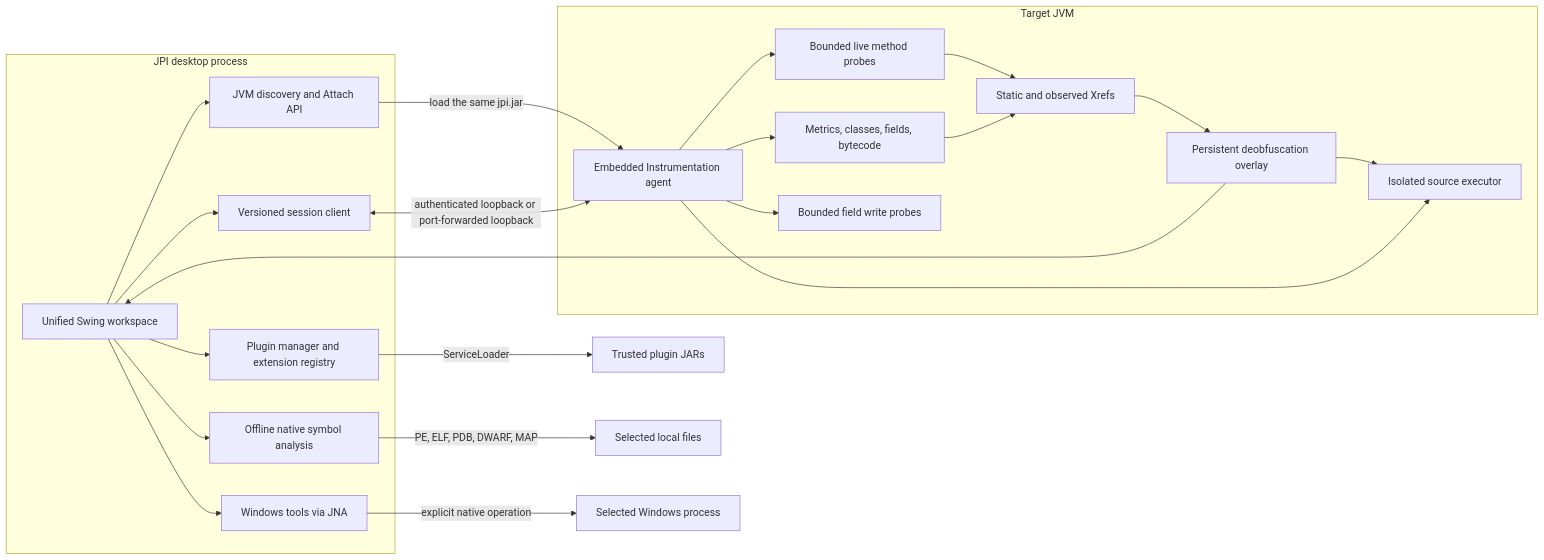
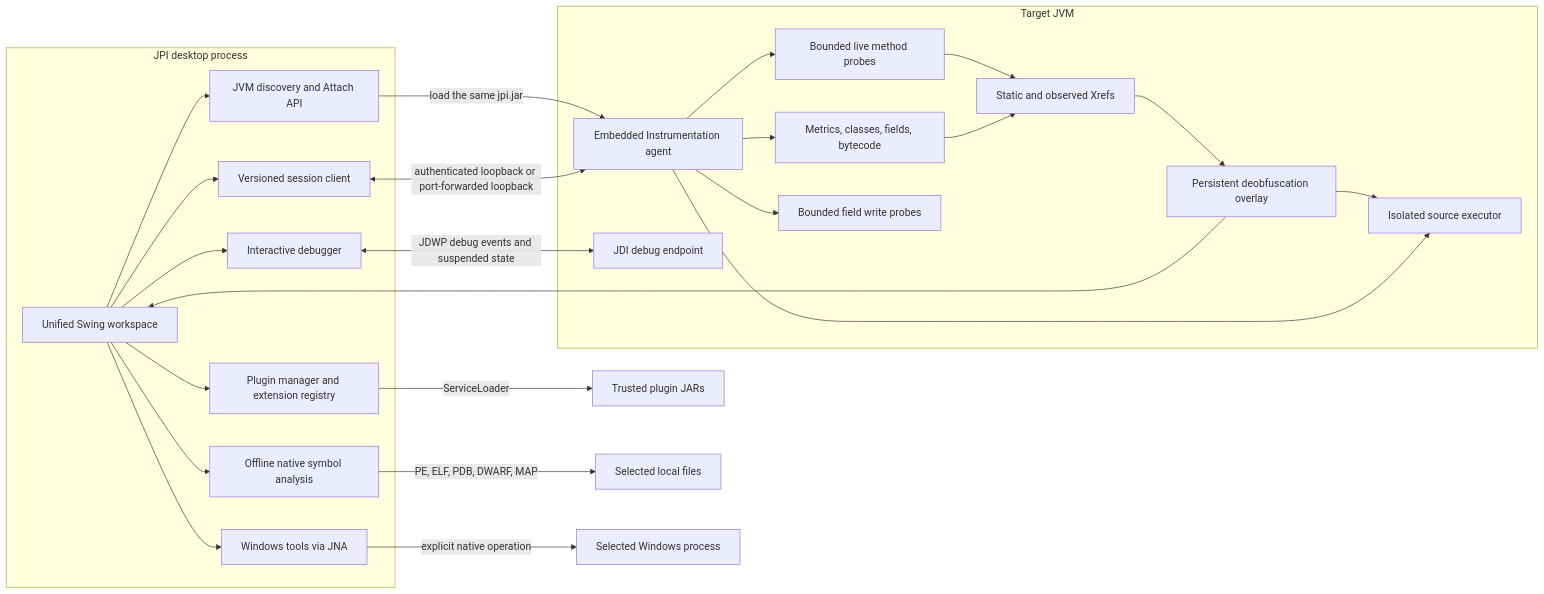
The diagram in README.md (0WhiteDev/Java-Process-Inspector), drawn with Mermaid before and after one commit. The commit also changed other lines of this file and 20 other files, not shown here.

Commit message:
feat: add interactive JDWP debugger workspace

````diff
--- a/README.md
+++ b/README.md
@@ -538,39 +562,43 @@
 ```mermaid
 flowchart LR
   subgraph controller [JPI desktop process]
     GUI[Unified Swing workspace]
     ATTACH[JVM discovery and Attach API]
     CLIENT[Versioned session client]
     WIN[Windows tools via JNA]
     SYMBOLS[Offline native symbol analysis]
     PLUGINS[Plugin manager and extension registry]
+    DEBUGGER[Interactive debugger]
   end
   subgraph target [Target JVM]
     AGENT[Embedded Instrumentation agent]
     INSPECT[Metrics, classes, fields, bytecode]
     TRACE[Bounded live method probes]
     FIELD[Bounded field write probes]
     XREF[Static and observed Xrefs]
     MAP[Persistent deobfuscation overlay]
     EXEC[Isolated source executor]
+    JDWP[JDI debug endpoint]
   end
   GUI --> ATTACH
+  GUI --> DEBUGGER
+  DEBUGGER <-->|JDWP debug events and suspended state| JDWP
   ATTACH -->|load the same jpi.jar| AGENT
   GUI --> CLIENT
   CLIENT <-->|authenticated loopback or port-forwarded loopback| AGENT
   AGENT --> INSPECT
   AGENT --> TRACE
   AGENT --> FIELD
   TRACE --> XREF
   INSPECT --> XREF
   XREF --> MAP
   MAP --> GUI
   MAP --> EXEC
   AGENT --> EXEC
   GUI --> WIN
   GUI --> SYMBOLS
   GUI --> PLUGINS
   PLUGINS -->|ServiceLoader| JARS[Trusted plugin JARs]
   SYMBOLS -->|PE, ELF, PDB, DWARF, MAP| FILES[Selected local files]
   WIN -->|explicit native operation| OS[Selected Windows process]
 ```
````
